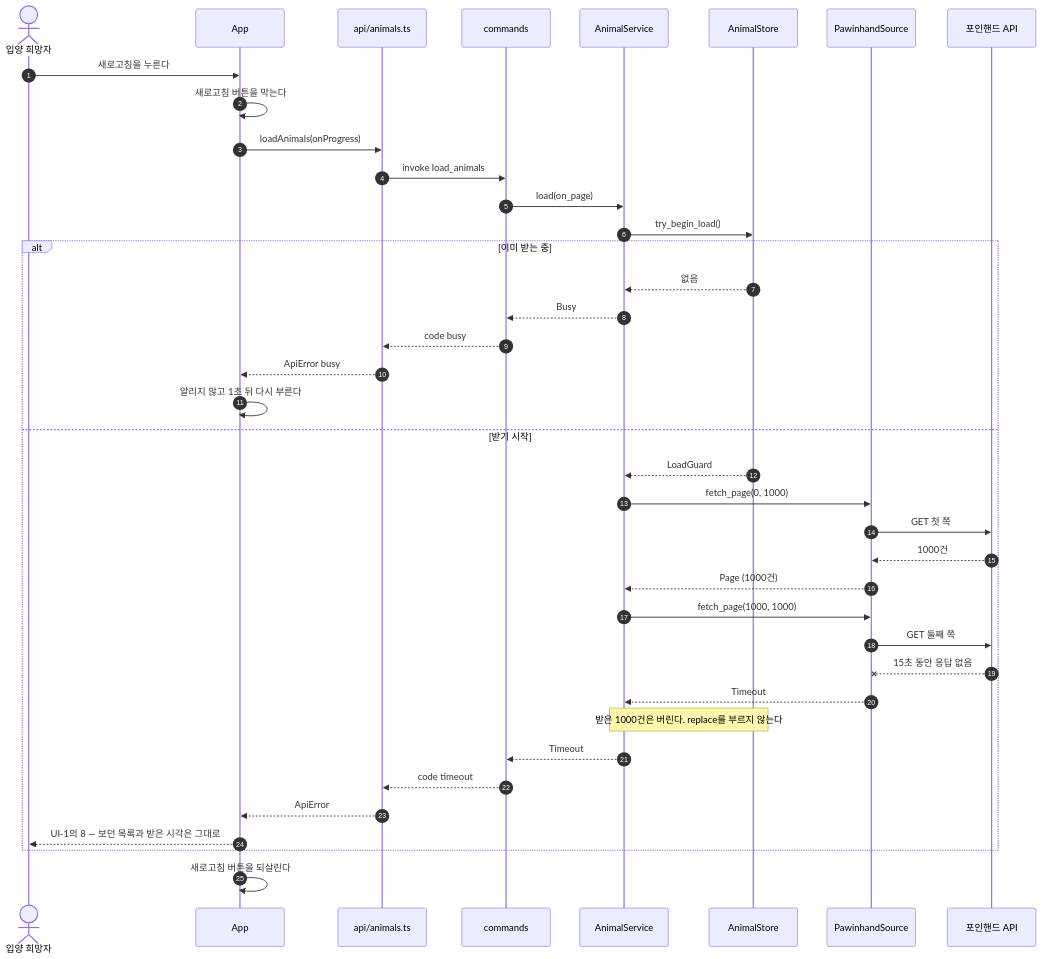
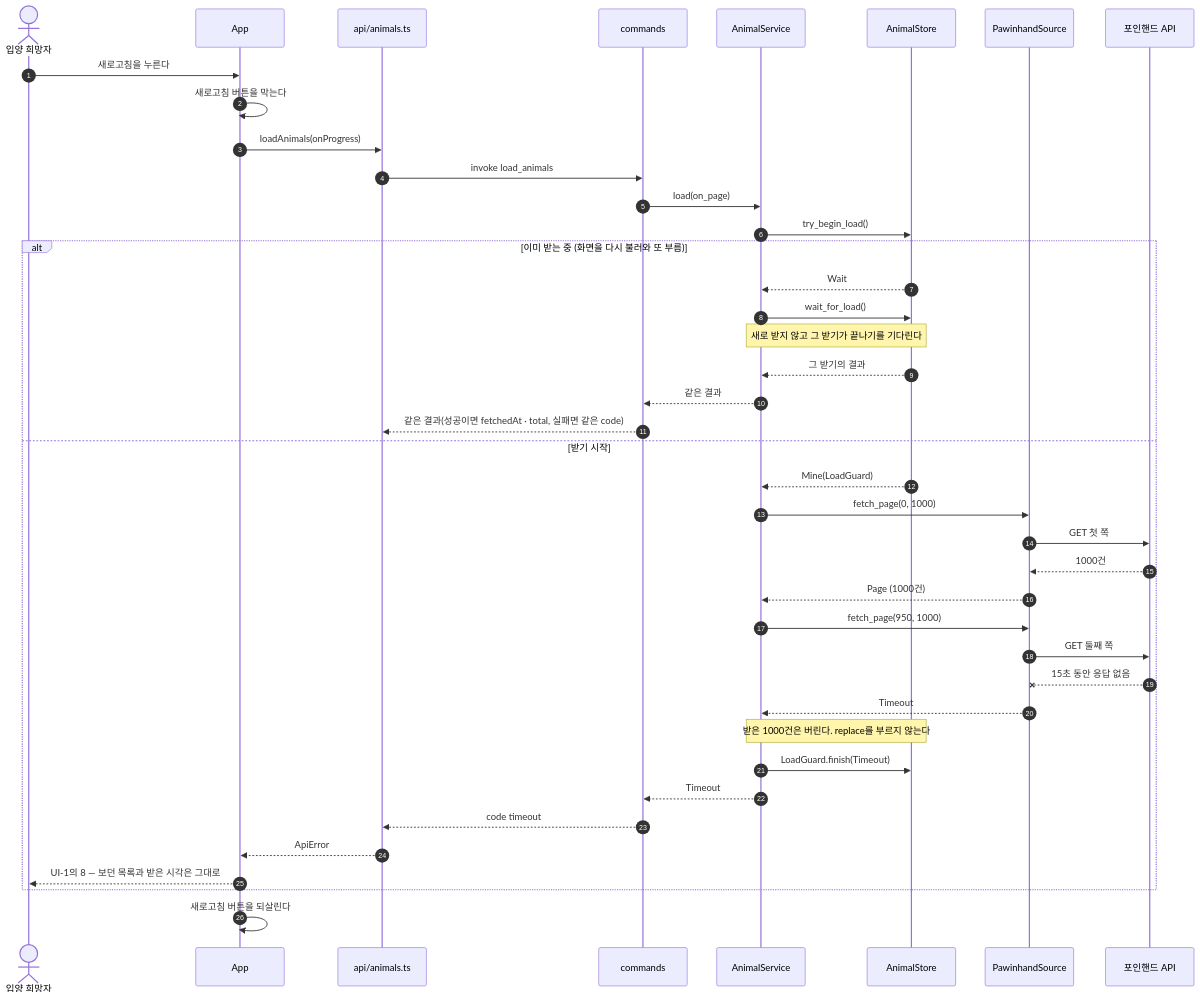
Before and after one commit to HoyoungParkme/fourinhand-crawl: the third of 5 diagrams in docs/specs/09-SEQ/PAW-SEQ-001.md, drawn with Mermaid. The commit also changed other lines of this file, not shown here.

Commit message:
코드 리뷰 반영: 받는 중에 또 부르면 새로 받지 않고 그 받기의 결과를 함께 받는다(busy 없음), 다음 쪽은 50건 겹쳐(offset 0 · 950 …), 한 마리도 없으면 bad-format으로 replace하지 않는다, 눈금자는 놓을 때 한 번 조회

````diff
--- a/docs/specs/09-SEQ/PAW-SEQ-001.md
+++ b/docs/specs/09-SEQ/PAW-SEQ-001.md
@@ -129,41 +131,43 @@
 ```mermaid
 sequenceDiagram
     autonumber
     actor U as 입양 희망자
     participant APP as App
     participant API as api/animals.ts
     participant CMD as commands
     participant SVC as AnimalService
     participant ST as AnimalStore
     participant PS as PawinhandSource
     participant PAW as 포인핸드 API
     U->>APP: 새로고침을 누른다
     APP->>APP: 새로고침 버튼을 막는다
     APP->>API: loadAnimals(onProgress)
     API->>CMD: invoke load_animals
     CMD->>SVC: load(on_page)
     SVC->>ST: try_begin_load()
-    alt 이미 받는 중
-        ST-->>SVC: 없음
-        SVC-->>CMD: Busy
-        CMD-->>API: code busy
-        API-->>APP: ApiError busy
-        APP->>APP: 알리지 않고 1초 뒤 다시 부른다
+    alt 이미 받는 중 (화면을 다시 불러와 또 부름)
+        ST-->>SVC: Wait
+        SVC->>ST: wait_for_load()
+        Note over SVC,ST: 새로 받지 않고 그 받기가 끝나기를 기다린다
+        ST-->>SVC: 그 받기의 결과
+        SVC-->>CMD: 같은 결과
+        CMD-->>API: 같은 결과(성공이면 fetchedAt · total, 실패면 같은 code)
     else 받기 시작
-        ST-->>SVC: LoadGuard
+        ST-->>SVC: Mine(LoadGuard)
         SVC->>PS: fetch_page(0, 1000)
         PS->>PAW: GET 첫 쪽
         PAW-->>PS: 1000건
         PS-->>SVC: Page (1000건)
-        SVC->>PS: fetch_page(1000, 1000)
+        SVC->>PS: fetch_page(950, 1000)
         PS->>PAW: GET 둘째 쪽
         PAW--xPS: 15초 동안 응답 없음
         PS-->>SVC: Timeout
         Note over SVC,ST: 받은 1000건은 버린다. replace를 부르지 않는다
+        SVC->>ST: LoadGuard.finish(Timeout)
         SVC-->>CMD: Timeout
         CMD-->>API: code timeout
         API-->>APP: ApiError
         APP-->>U: UI-1의 8 — 보던 목록과 받은 시각은 그대로
     end
     APP->>APP: 새로고침 버튼을 되살린다
 ```
````
